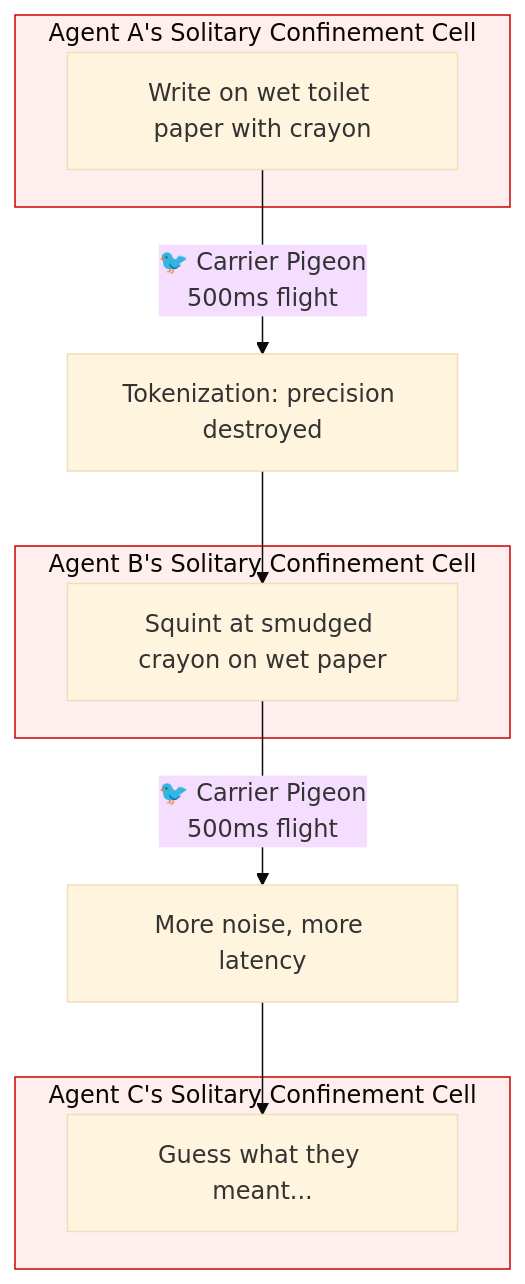
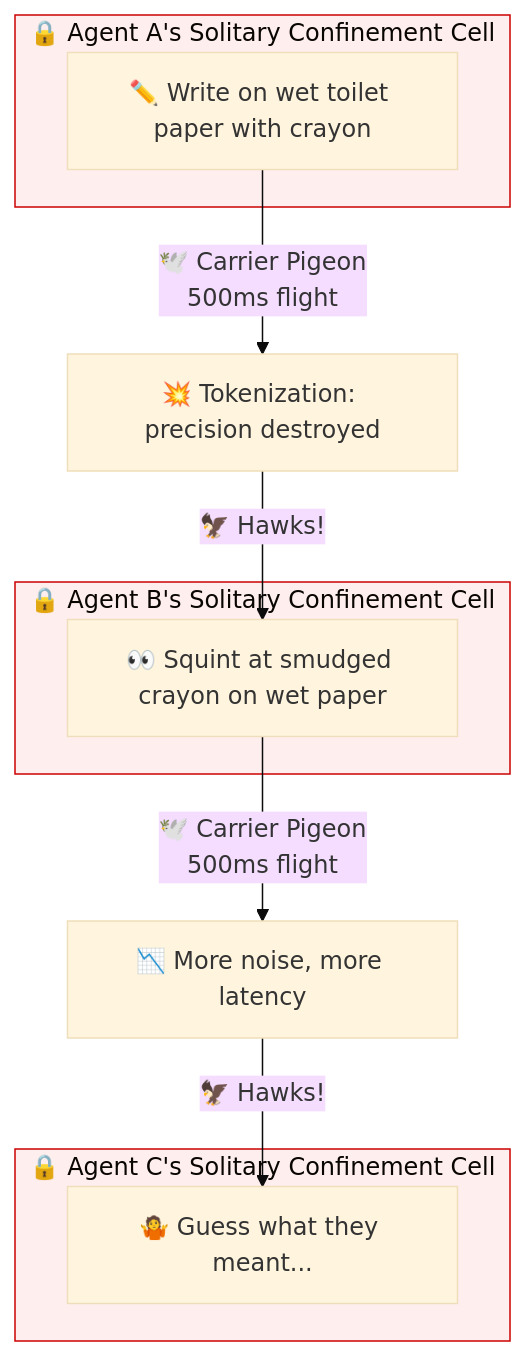
The first of 6 diagrams in designs/SPEED-OF-LIGHT-VS-CARRIER-PIGEON.md (SimHacker/moollm), drawn with Mermaid (base theme) before and after one commit. The commit also changed other lines of this file, not shown here.

First line of the commit message:
Add emojis to mermaid diagrams for visual spice

````diff
--- a/designs/SPEED-OF-LIGHT-VS-CARRIER-PIGEON.md
+++ b/designs/SPEED-OF-LIGHT-VS-CARRIER-PIGEON.md
@@ -24,23 +24,23 @@
 ```mermaid
 flowchart TB
-    subgraph CellA["Agent A's Solitary Confinement Cell"]
-        A1[Write on wet toilet paper with crayon]
+    subgraph CellA["🔒 Agent A's Solitary Confinement Cell"]
+        A1["✏️ Write on wet toilet paper with crayon"]
     end
     
-    subgraph CellB["Agent B's Solitary Confinement Cell"]
-        B1[Squint at smudged crayon on wet paper]
+    subgraph CellB["🔒 Agent B's Solitary Confinement Cell"]
+        B1["👀 Squint at smudged crayon on wet paper"]
     end
     
-    subgraph CellC["Agent C's Solitary Confinement Cell"]
-        C1[Guess what they meant...]
+    subgraph CellC["🔒 Agent C's Solitary Confinement Cell"]
+        C1["🤷 Guess what they meant..."]
     end
     
-    A1 -->|"🐦 Carrier Pigeon<br/>500ms flight"| tokenize1[Tokenization: precision destroyed]
-    tokenize1 --> B1
-    B1 -->|"🐦 Carrier Pigeon<br/>500ms flight"| tokenize2[More noise, more latency]
-    tokenize2 --> C1
+    A1 -->|"🕊️ Carrier Pigeon<br/>500ms flight"| tokenize1["💥 Tokenization: precision destroyed"]
+    tokenize1 -->|"🦅 Hawks!"| B1
+    B1 -->|"🕊️ Carrier Pigeon<br/>500ms flight"| tokenize2["📉 More noise, more latency"]
+    tokenize2 -->|"🦅 Hawks!"| C1
     
     style CellA fill:#fee,stroke:#c00
     style CellB fill:#fee,stroke:#c00
     style CellC fill:#fee,stroke:#c00
 ```
````
